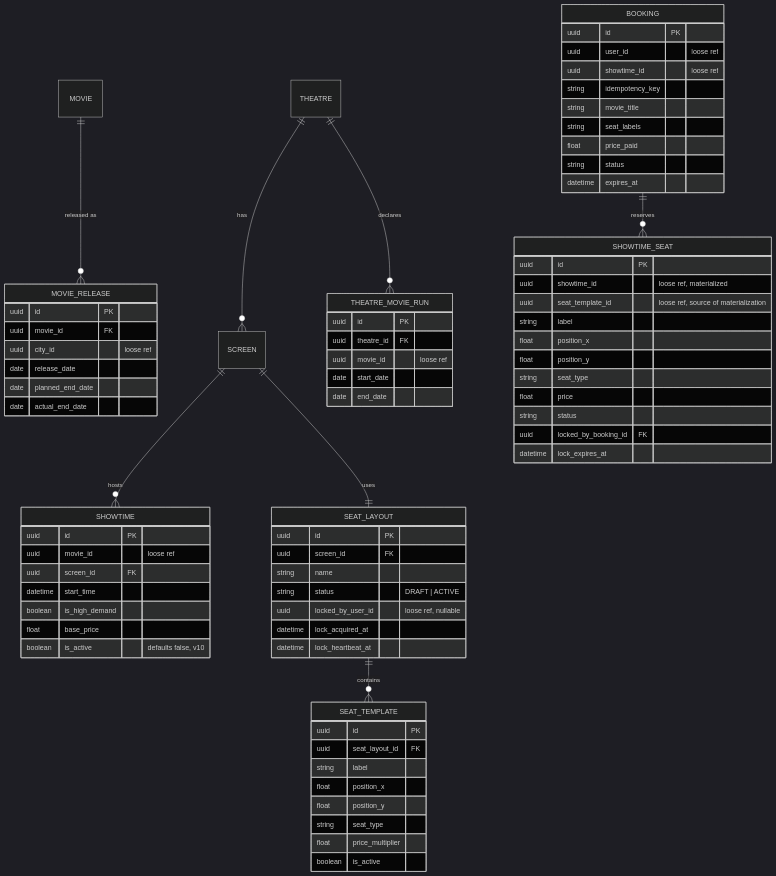
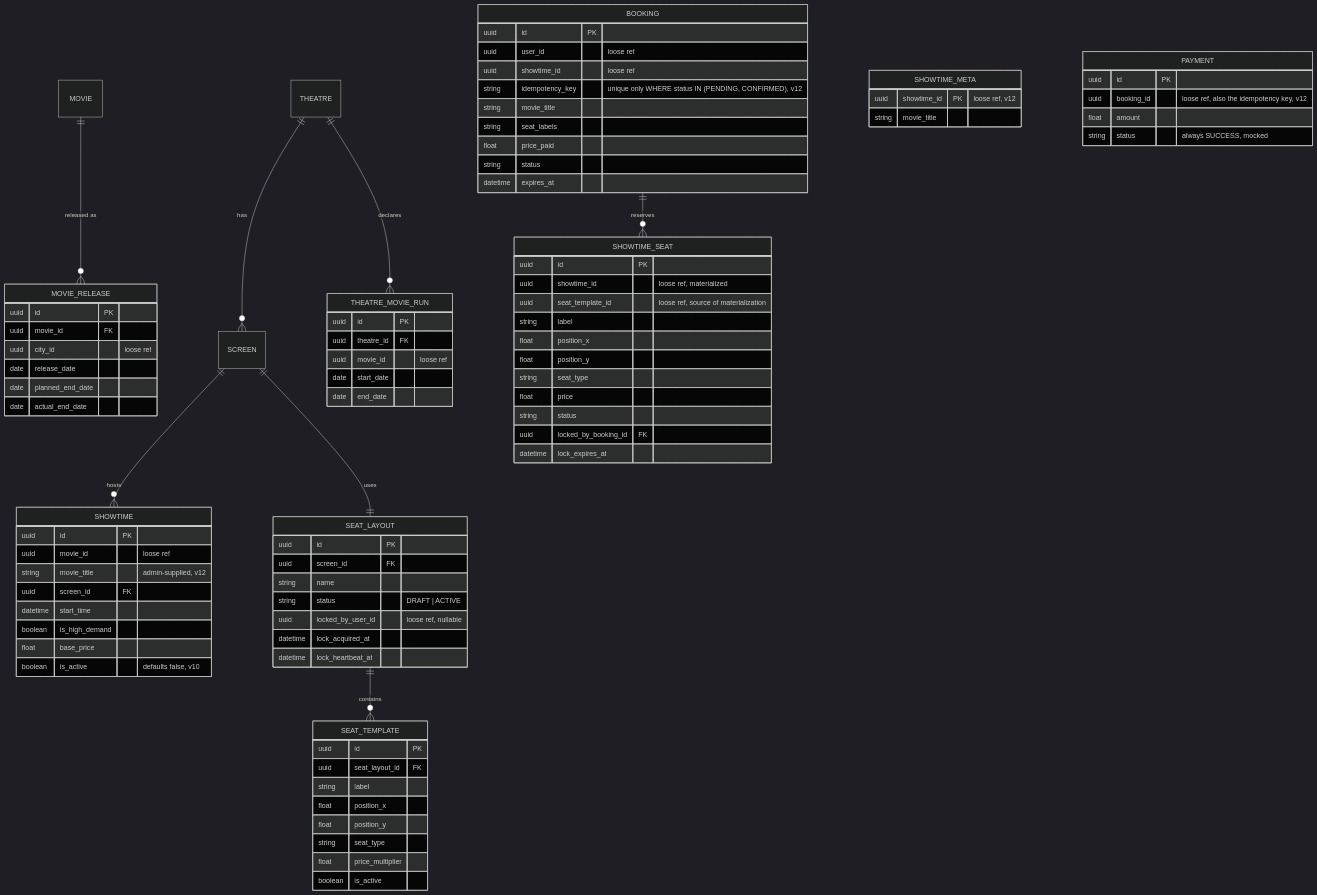
One commit to nishantsuren/movie-booking-system changed the diagram in docs/design.md. Above: the diagram before and after it, drawn with Mermaid (dark theme). The commit also changed other lines of this file and 22 other files, not shown here.

```diff
--- a/docs/design.md
+++ b/docs/design.md
@@ -167,6 +169,7 @@
   SHOWTIME {
     uuid id PK
     uuid movie_id "loose ref"
+    string movie_title "admin-supplied, v12"
     uuid screen_id FK
     datetime start_time
     boolean is_high_demand
@@ -186,16 +189,26 @@
     uuid locked_by_booking_id FK
     datetime lock_expires_at
   }
+  SHOWTIME_META {
+    uuid showtime_id PK "loose ref, v12"
+    string movie_title
+  }
   BOOKING {
     uuid id PK
     uuid user_id "loose ref"
     uuid showtime_id "loose ref"
-    string idempotency_key
+    string idempotency_key "unique only WHERE status IN (PENDING, CONFIRMED), v12"
     string movie_title
     string seat_labels
     float price_paid
     string status
     datetime expires_at
+  }
+  PAYMENT {
+    uuid id PK
+    uuid booking_id "loose ref, also the idempotency key, v12"
+    float amount
+    string status "always SUCCESS, mocked"
   }
   THEATRE_MOVIE_RUN {
     uuid id PK
```
